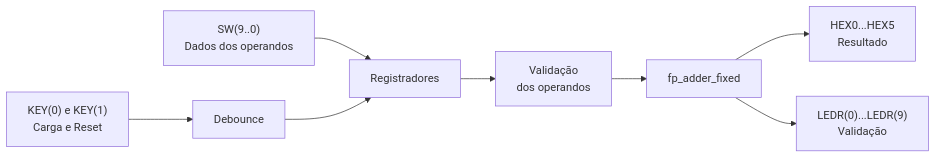
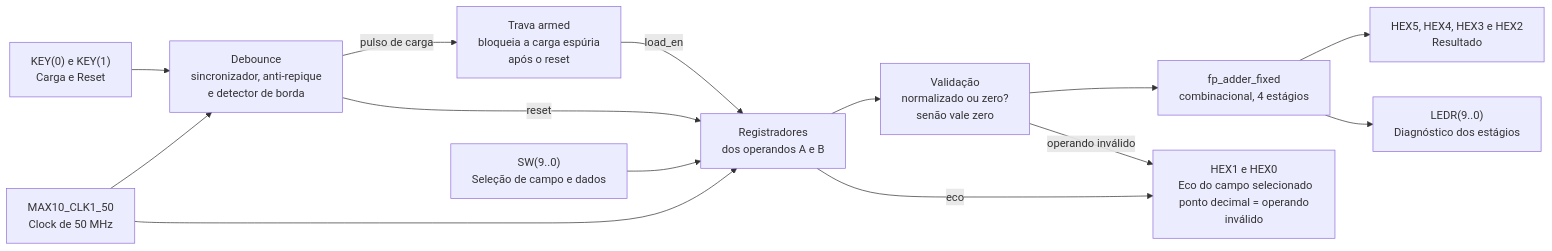
Before and after one commit to gabrilles27/projeto-final-sistemas-digitais: the second of 2 diagrams in README.md, drawn with Mermaid. The commit also changed other lines of this file and 36 other files, not shown here.

````diff
--- a/README.md
+++ b/README.md
@@ -237,29 +301,41 @@
 ```mermaid
 flowchart LR
 
-SW["SW(9..0)<br/> Dados dos operandos"]
+CLK["MAX10_CLK1_50<br/> Clock de 50 MHz"]
+
+SW["SW(9..0)<br/> Seleção de campo e dados"]
 
 KEY["KEY(0) e KEY(1)<br/> Carga e Reset"]
 
-DB["Debounce"]
+DB["Debounce<br/> sincronizador, anti-repique<br/> e detector de borda"]
 
-REG["Registradores"]
+ARM["Trava armed<br/> bloqueia a carga espúria<br/> após o reset"]
 
-VAL["Validação<br/> dos operandos"]
+REG["Registradores<br/> dos operandos A e B"]
 
-CORE["fp_adder_fixed"]
+VAL["Validação<br/> normalizado ou zero?<br/> senão vale zero"]
 
-HEX["HEX0...HEX5<br/> Resultado"]
+CORE["fp_adder_fixed<br/> combinacional, 4 estágios"]
 
-LED["LEDR(0)...LEDR(9)<br/> Validação"]
+HEXR["HEX5, HEX4, HEX3 e HEX2<br/> Resultado"]
 
+HEXE["HEX1 e HEX0<br/> Eco do campo selecionado<br/> ponto decimal = operando inválido"]
+
+LED["LEDR(9..0)<br/> Diagnóstico dos estágios"]
+
+CLK --> DB
+CLK --> REG
 SW --> REG
 KEY --> DB
-DB --> REG
+DB -->|reset| REG
+DB -->|pulso de carga| ARM
+ARM -->|load_en| REG
 
 REG --> VAL
 VAL --> CORE
+REG -->|eco| HEXE
+VAL -->|operando inválido| HEXE
 
-CORE --> HEX
+CORE --> HEXR
 CORE --> LED
 ```
````
